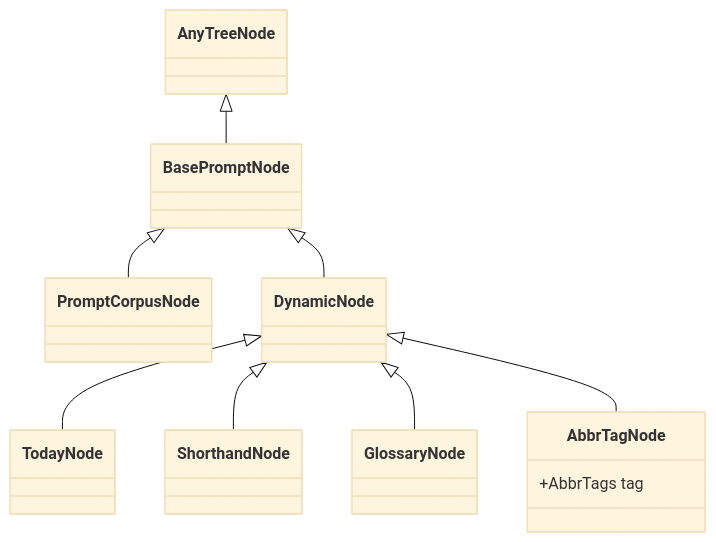
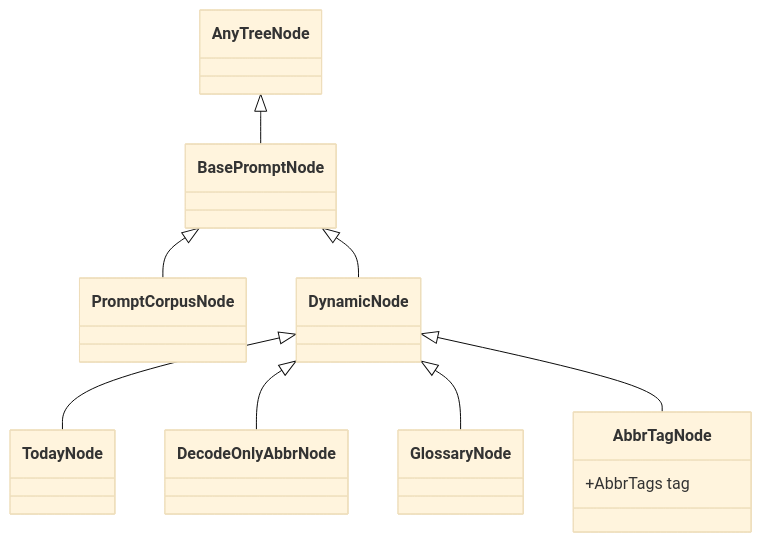
The diagram in docs/prompt-doc.md (kami-lel/kaye-engine), drawn with Mermaid (base theme) before and after one commit. The commit also changed other lines of this file and 16 other files, not shown here.

First line of the commit message:
rename ShorthandNode тЖТ DecodeOnlyAbbrNode; CLI keyword shorthand тЖТ decode-only-abbr

````diff
--- a/docs/prompt-doc.md
+++ b/docs/prompt-doc.md
@@ -221,11 +221,11 @@
 ```mermaid
 classDiagram
     AnyTreeNode <|-- BasePromptNode
     BasePromptNode <|-- PromptCorpusNode
     BasePromptNode <|-- DynamicNode
     DynamicNode <|-- TodayNode
-    DynamicNode <|-- ShorthandNode
+    DynamicNode <|-- DecodeOnlyAbbrNode
     DynamicNode <|-- GlossaryNode
     DynamicNode <|-- AbbrTagNode
     AbbrTagNode : +AbbrTags tag
 ```
````
